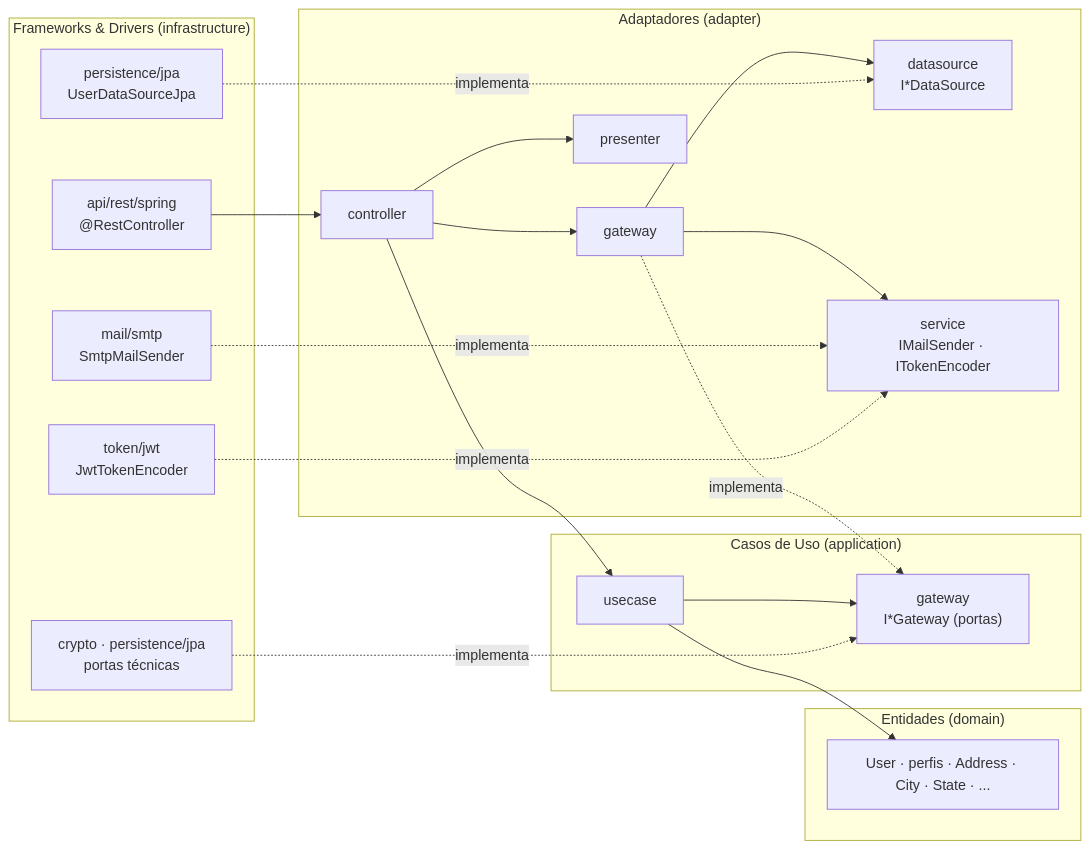
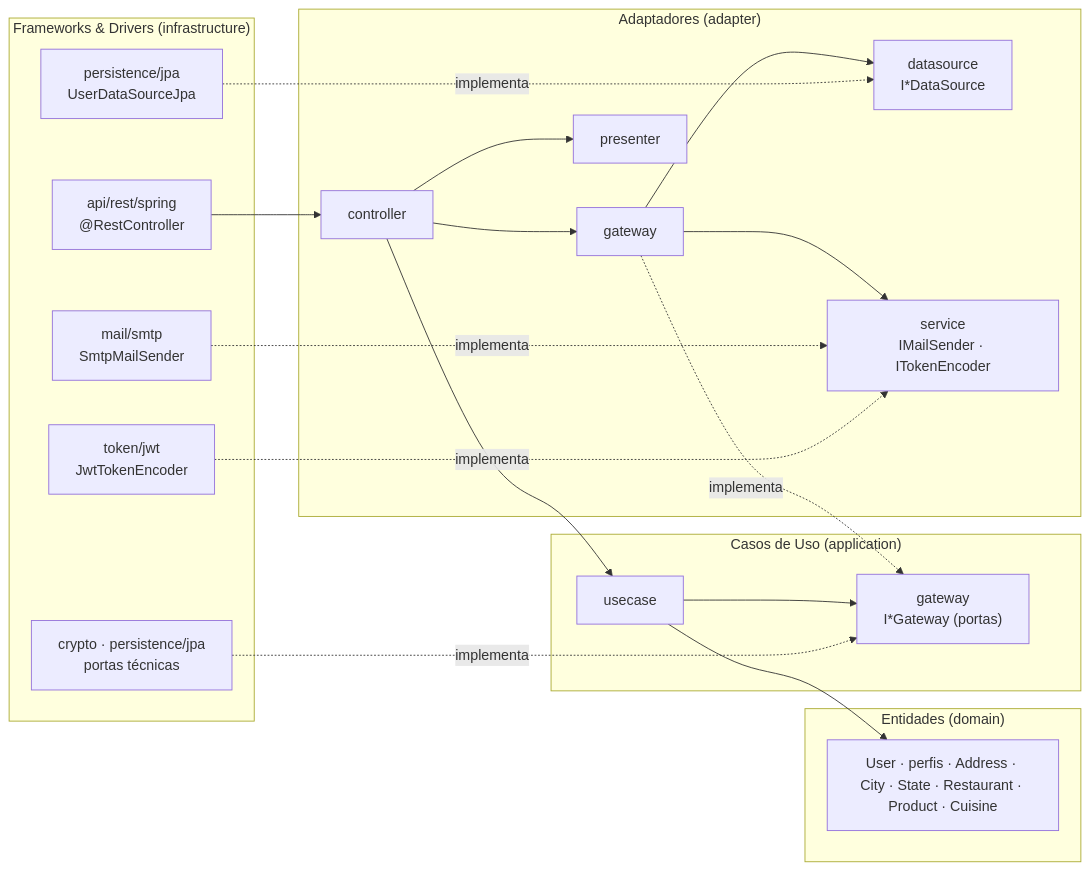
The diagram in docs/arquitetura/00-visao-geral.md (felipe11dias/postech-fase2-restaurantes-app), drawn with Mermaid before and after one commit. The commit also changed other lines of this file and 11 other files, not shown here.

````diff
--- a/docs/arquitetura/00-visao-geral.md
+++ b/docs/arquitetura/00-visao-geral.md
@@ -75,37 +75,37 @@
 ```mermaid
 flowchart LR
     subgraph infra["Frameworks & Drivers (infrastructure)"]
         REST["api/rest/spring<br/>@RestController"]
         JPA["persistence/jpa<br/>UserDataSourceJpa"]
         SMTP["mail/smtp<br/>SmtpMailSender"]
         JWT["token/jwt<br/>JwtTokenEncoder"]
         TECH["crypto · persistence/jpa<br/>portas técnicas"]
     end
     subgraph adapter["Adaptadores (adapter)"]
         C["controller"]
         G["gateway"]
         DS["datasource<br/>I*DataSource"]
         SV["service<br/>IMailSender · ITokenEncoder"]
         P["presenter"]
     end
     subgraph app["Casos de Uso (application)"]
         UC["usecase"]
         PORT["gateway<br/>I*Gateway (portas)"]
     end
     subgraph dom["Entidades (domain)"]
-        E["User · perfis · Address · City · State · ..."]
+        E["User · perfis · Address · City · State · Restaurant · Product · Cuisine"]
     end
     REST --> C
     C --> G
     C --> UC
     C --> P
     UC --> PORT
     UC --> E
     G -. implementa .-> PORT
     G --> DS
     G --> SV
     JPA -. implementa .-> DS
     SMTP -. implementa .-> SV
     JWT -. implementa .-> SV
     TECH -. implementa .-> PORT
 ```
````
